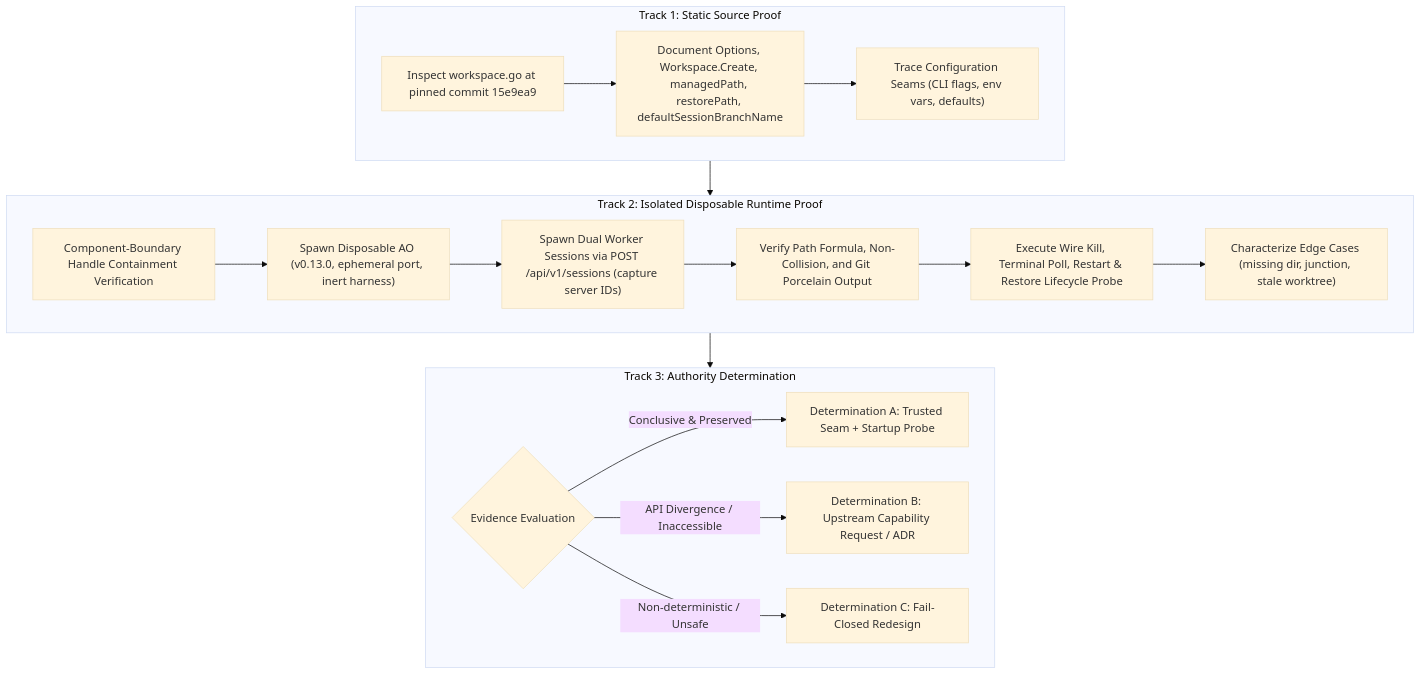
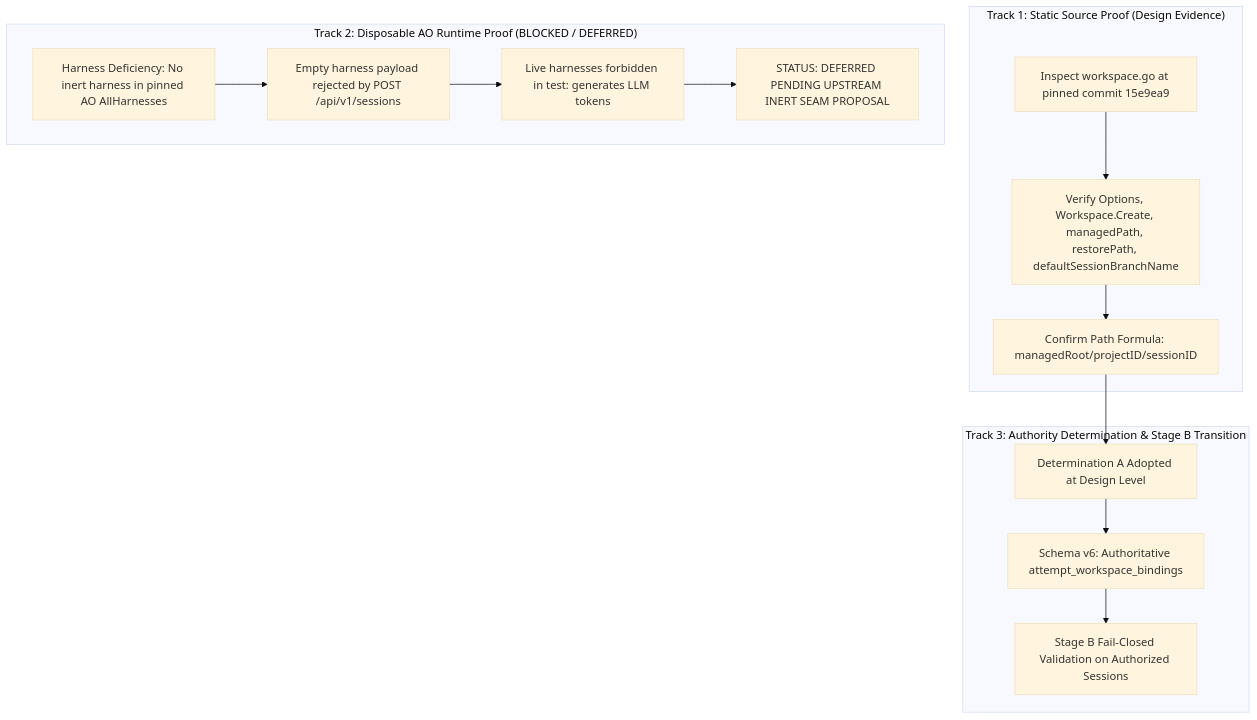
Before and after one commit to trungqwe/ai-supervisor: the diagram in docs/plans/PLAN-P04-WORKTREE-BINDING-PROOF.md, drawn with Mermaid (base theme). The commit also changed other lines of this file and 7 other files, not shown here.

Commit message:
docs(p04): record Re-Audit 004, remediate pre-contract architecture round 5

````diff
--- a/docs/plans/PLAN-P04-WORKTREE-BINDING-PROOF.md
+++ b/docs/plans/PLAN-P04-WORKTREE-BINDING-PROOF.md
@@ -29,24 +35,19 @@
 ```mermaid
 flowchart TD
-    subgraph Track1 ["Track 1: Static Source Proof"]
-        T1A["Inspect workspace.go at pinned commit 15e9ea9"] --> T1B["Document Options, Workspace.Create, managedPath, restorePath, defaultSessionBranchName"]
-        T1B --> T1C["Trace Configuration Seams (CLI flags, env vars, defaults)"]
+    subgraph Track1 ["Track 1: Static Source Proof (Design Evidence)"]
+        T1A["Inspect workspace.go at pinned commit 15e9ea9"] --> T1B["Verify Options, Workspace.Create, managedPath, restorePath, defaultSessionBranchName"]
+        T1B --> T1C["Confirm Path Formula: managedRoot/projectID/sessionID"]
     end
 
-    subgraph Track2 ["Track 2: Isolated Disposable Runtime Proof"]
-        T2A["Component-Boundary Handle Containment Verification"] --> T2B["Spawn Disposable AO (v0.13.0, ephemeral port, inert harness)"]
-        T2B --> T2C["Spawn Dual Worker Sessions via POST /api/v1/sessions (capture server IDs)"]
-        T2C --> T2D["Verify Path Formula, Non-Collision, and Git Porcelain Output"]
-        T2D --> T2E["Execute Wire Kill, Terminal Poll, Restart & Restore Lifecycle Probe"]
-        T2E --> T2F["Characterize Edge Cases (missing dir, junction, stale worktree)"]
+    subgraph Track2 ["Track 2: Disposable AO Runtime Proof (BLOCKED / DEFERRED)"]
+        T2A["Harness Deficiency: No inert harness in pinned AO AllHarnesses"] --> T2B["Empty harness payload rejected by POST /api/v1/sessions"]
+        T2B --> T2C["Live harnesses forbidden in test: generates LLM tokens"]
+        T2C --> T2D["STATUS: DEFERRED PENDING UPSTREAM INERT SEAM PROPOSAL"]
     end
 
-    subgraph Track3 ["Track 3: Authority Determination"]
-        T3A{"Evidence Evaluation"}
-        T3A -->|Conclusive & Preserved| DetA["Determination A: Trusted Seam + Startup Probe"]
-        T3A -->|API Divergence / Inaccessible| DetB["Determination B: Upstream Capability Request / ADR"]
-        T3A -->|Non-deterministic / Unsafe| DetC["Determination C: Fail-Closed Redesign"]
+    subgraph Track3 ["Track 3: Authority Determination & Stage B Transition"]
+        T1C --> T3A["Determination A Adopted at Design Level"]
+        T3A --> T3B["Schema v6: Authoritative attempt_workspace_bindings"]
+        T3B --> T3C["Stage B Fail-Closed Validation on Authorized Sessions"]
     end
-
-    Track1 --> Track2 --> Track3
 ```
````
